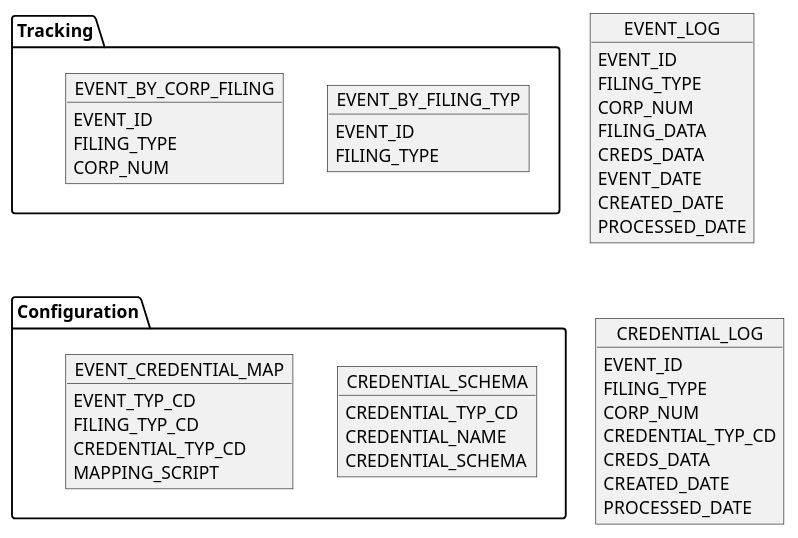
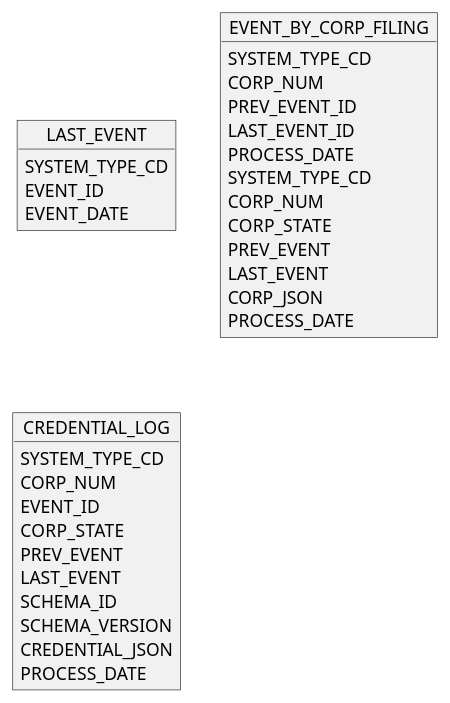
Before and after one commit to bcgov/von-bc-registries-agent: the diagram in doc/Event-Processor-Data-Model.puml, drawn with PlantUML. The commit also changed 1 other file, not shown here.

```diff
--- a/doc/Event-Processor-Data-Model.puml
+++ b/doc/Event-Processor-Data-Model.puml
@@ -1,54 +1,40 @@
 @startuml
 
-package Tracking {
-object EVENT_BY_FILING_TYP
-EVENT_BY_FILING_TYP : EVENT_ID
-EVENT_BY_FILING_TYP : FILING_TYPE
-
-object EVENT_BY_CORP_FILING
-EVENT_BY_CORP_FILING : EVENT_ID
-EVENT_BY_CORP_FILING : FILING_TYPE
-EVENT_BY_CORP_FILING : CORP_NUM
+object LAST_EVENT {
+  SYSTEM_TYPE_CD
+  EVENT_ID
+  EVENT_DATE
 }
 
-package Configuration {
-object CREDENTIAL_SCHEMA {
-  CREDENTIAL_TYP_CD
-  CREDENTIAL_NAME
-  CREDENTIAL_SCHEMA
+object EVENT_BY_CORP_FILING {
+  SYSTEM_TYPE_CD
+  CORP_NUM
+  PREV_EVENT_ID
+  LAST_EVENT_ID
+  PROCESS_DATE
 }
 
-object EVENT_CREDENTIAL_MAP {
-  EVENT_TYP_CD
-  FILING_TYP_CD
-  CREDENTIAL_TYP_CD
-  MAPPING_SCRIPT
-}
-}
-
-object EVENT_LOG {
-  EVENT_ID
-  FILING_TYPE
+object EVENT_BY_CORP_FILING {
+  SYSTEM_TYPE_CD
   CORP_NUM
-  FILING_DATA
-  CREDS_DATA
-  EVENT_DATE
-  CREATED_DATE
-  PROCESSED_DATE
+  CORP_STATE
+  PREV_EVENT
+  LAST_EVENT
+  CORP_JSON
+  PROCESS_DATE
 }
 
 object CREDENTIAL_LOG {
+  SYSTEM_TYPE_CD
+  CORP_NUM
   EVENT_ID
-  FILING_TYPE
-  CORP_NUM
-  CREDENTIAL_TYP_CD
-  CREDS_DATA
-  CREATED_DATE
-  PROCESSED_DATE
+  CORP_STATE
+  PREV_EVENT
+  LAST_EVENT
+  SCHEMA_ID
+  SCHEMA_VERSION
+  CREDENTIAL_JSON
+  PROCESS_DATE
 }
 
-Tracking -[hidden]down-> Configuration
-Tracking -[hidden]right-> EVENT_LOG
-Configuration -[hidden]right-> CREDENTIAL_LOG
-
 @enduml
```
